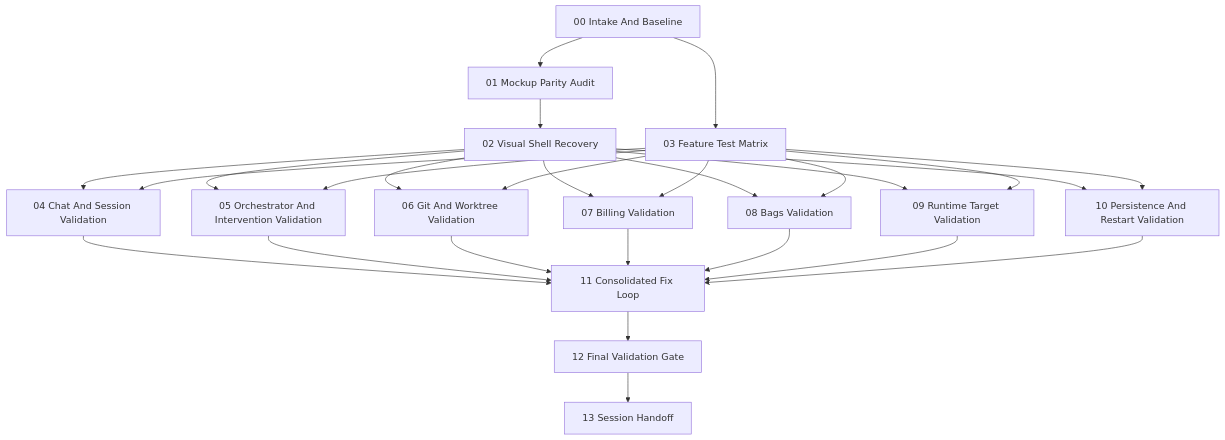
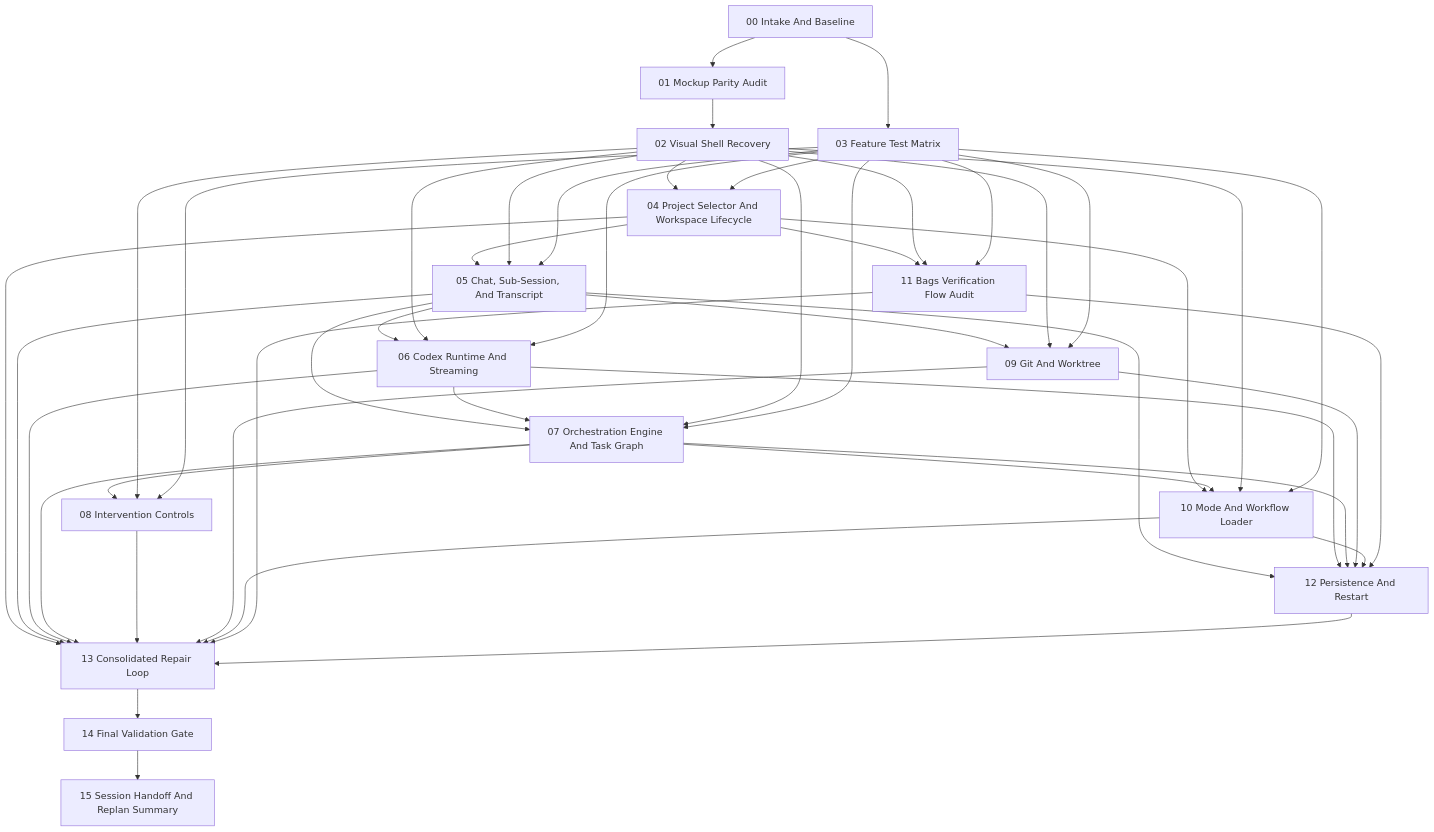
The diagram in docs/tasks/orchestrator-sessions/orch-20260315-173000/dependency_graph.md (JStaRFilms/Takomi_Code), drawn with Mermaid before and after one commit. The commit also changed other lines of this file and 13 other files, not shown here.

First line of the commit message:
docs(orchestrator): restructure validation wave from 13 to 15 tasks

````diff
--- a/docs/tasks/orchestrator-sessions/orch-20260315-173000/dependency_graph.md
+++ b/docs/tasks/orchestrator-sessions/orch-20260315-173000/dependency_graph.md
@@ -3,29 +3,48 @@
 ```mermaid
 flowchart TD
     T00["00 Intake And Baseline"] --> T01["01 Mockup Parity Audit"]
     T01 --> T02["02 Visual Shell Recovery"]
     T00 --> T03["03 Feature Test Matrix"]
-    T02 --> T04["04 Chat And Session Validation"]
+    T02 --> T04["04 Project Selector And Workspace Lifecycle"]
     T03 --> T04
-    T02 --> T05["05 Orchestrator And Intervention Validation"]
+    T04 --> T05["05 Chat, Sub-Session, And Transcript"]
+    T02 --> T05
     T03 --> T05
-    T02 --> T06["06 Git And Worktree Validation"]
+    T05 --> T06["06 Codex Runtime And Streaming"]
+    T02 --> T06
     T03 --> T06
-    T02 --> T07["07 Billing Validation"]
+    T05 --> T07["07 Orchestration Engine And Task Graph"]
+    T06 --> T07
+    T02 --> T07
     T03 --> T07
-    T02 --> T08["08 Bags Validation"]
+    T07 --> T08["08 Intervention Controls"]
+    T02 --> T08
     T03 --> T08
-    T02 --> T09["09 Runtime Target Validation"]
+    T05 --> T09["09 Git And Worktree"]
+    T02 --> T09
     T03 --> T09
-    T02 --> T10["10 Persistence And Restart Validation"]
+    T04 --> T10["10 Mode And Workflow Loader"]
+    T07 --> T10
+    T02 --> T10
     T03 --> T10
-    T04 --> T11["11 Consolidated Fix Loop"]
-    T05 --> T11
-    T06 --> T11
-    T07 --> T11
-    T08 --> T11
-    T09 --> T11
-    T10 --> T11
-    T11 --> T12["12 Final Validation Gate"]
-    T12 --> T13["13 Session Handoff"]
+    T04 --> T11["11 Bags Verification Flow Audit"]
+    T02 --> T11
+    T03 --> T11
+    T05 --> T12["12 Persistence And Restart"]
+    T06 --> T12
+    T07 --> T12
+    T09 --> T12
+    T10 --> T12
+    T11 --> T12
+    T04 --> T13["13 Consolidated Repair Loop"]
+    T05 --> T13
+    T06 --> T13
+    T07 --> T13
+    T08 --> T13
+    T09 --> T13
+    T10 --> T13
+    T11 --> T13
+    T12 --> T13
+    T13 --> T14["14 Final Validation Gate"]
+    T14 --> T15["15 Session Handoff And Replan Summary"]
 ```
````
